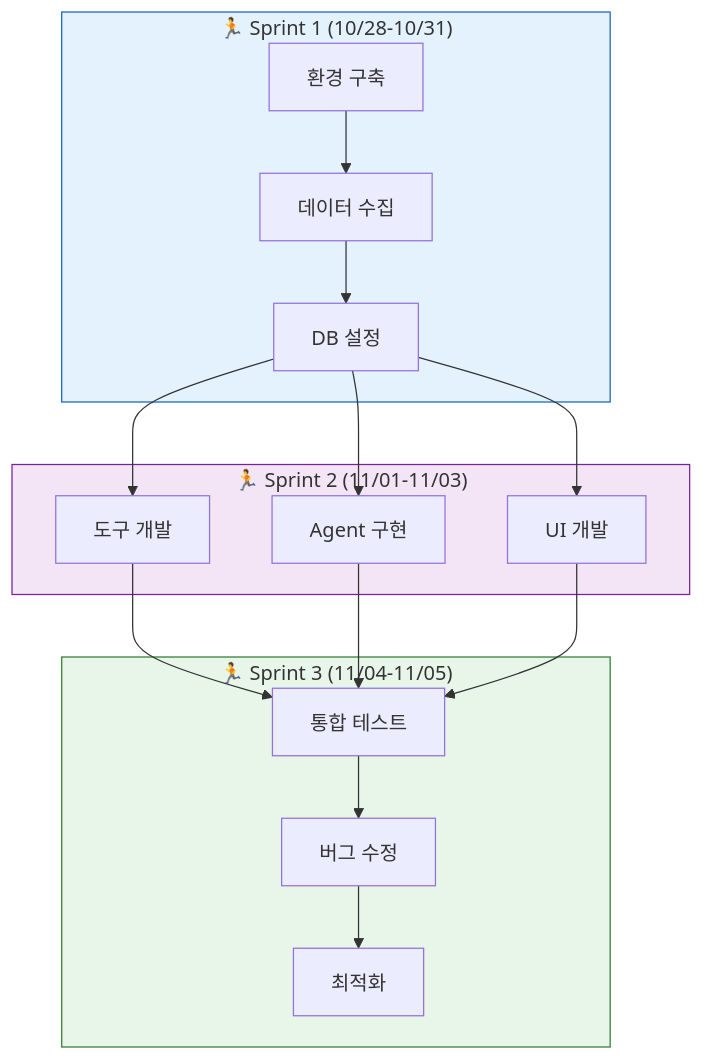
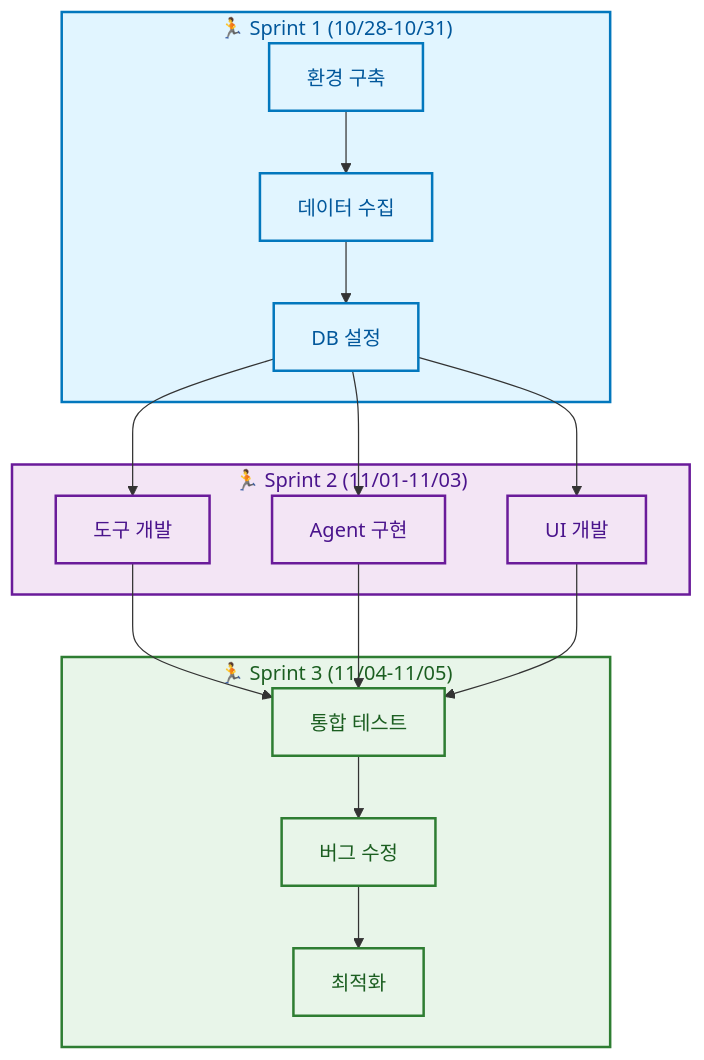
One commit to AIBootcamp14/langchainproject-new-langchainproject_5 changed the first of 6 diagrams in docs/PPT/03_개발_및_구현.md. Above: the diagram before and after it, drawn with Mermaid. The commit also changed other lines of this file and 5 other files, not shown here.

First line of the commit message:
style(docs): PPT 문서에 mermaid 스타일 가이드 적용

````diff
--- a/docs/PPT/03_개발_및_구현.md
+++ b/docs/PPT/03_개발_및_구현.md
@@ -19,29 +19,41 @@
 ```mermaid
 graph TB
     subgraph Sprint1["🏃 Sprint 1 (10/28-10/31)"]
         S1A[환경 구축]
         S1B[데이터 수집]
         S1C[DB 설정]
     end
 
     subgraph Sprint2["🏃 Sprint 2 (11/01-11/03)"]
         S2A[도구 개발]
         S2B[Agent 구현]
         S2C[UI 개발]
     end
 
     subgraph Sprint3["🏃 Sprint 3 (11/04-11/05)"]
         S3A[통합 테스트]
         S3B[버그 수정]
         S3C[최적화]
     end
 
     S1A --> S1B --> S1C
     S1C --> S2A & S2B & S2C
     S2A & S2B & S2C --> S3A
     S3A --> S3B --> S3C
 
-    style Sprint1 fill:#e3f2fd,stroke:#1565c0
-    style Sprint2 fill:#f3e5f5,stroke:#7b1fa2
-    style Sprint3 fill:#e8f5e9,stroke:#2e7d32
+    style Sprint1 fill:#e1f5ff,stroke:#0277bd,stroke-width:2px,color:#01579b
+    style Sprint2 fill:#f3e5f5,stroke:#6a1b9a,stroke-width:2px,color:#4a148c
+    style Sprint3 fill:#e8f5e9,stroke:#2e7d32,stroke-width:2px,color:#1b5e20
+
+    style S1A fill:#e1f5ff,stroke:#0277bd,stroke-width:2px,color:#01579b
+    style S1B fill:#e1f5ff,stroke:#0277bd,stroke-width:2px,color:#01579b
+    style S1C fill:#e1f5ff,stroke:#0277bd,stroke-width:2px,color:#01579b
+
+    style S2A fill:#f3e5f5,stroke:#6a1b9a,stroke-width:2px,color:#4a148c
+    style S2B fill:#f3e5f5,stroke:#6a1b9a,stroke-width:2px,color:#4a148c
+    style S2C fill:#f3e5f5,stroke:#6a1b9a,stroke-width:2px,color:#4a148c
+
+    style S3A fill:#e8f5e9,stroke:#2e7d32,stroke-width:2px,color:#1b5e20
+    style S3B fill:#e8f5e9,stroke:#2e7d32,stroke-width:2px,color:#1b5e20
+    style S3C fill:#e8f5e9,stroke:#2e7d32,stroke-width:2px,color:#1b5e20
 ```
````
